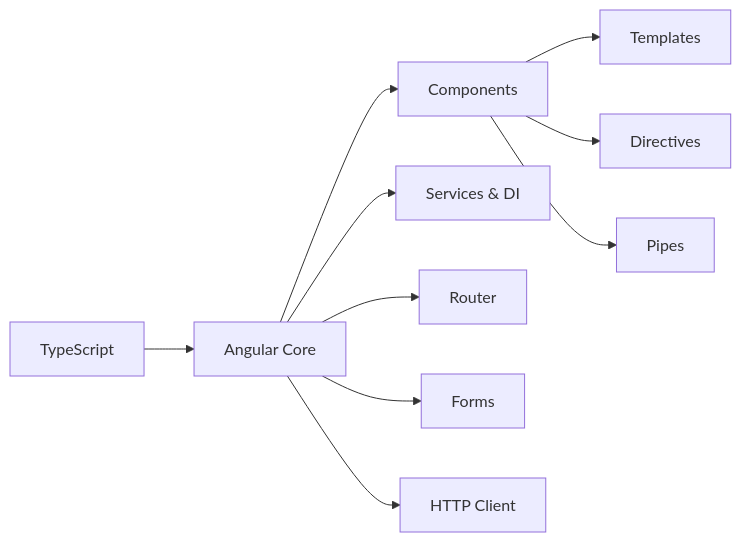
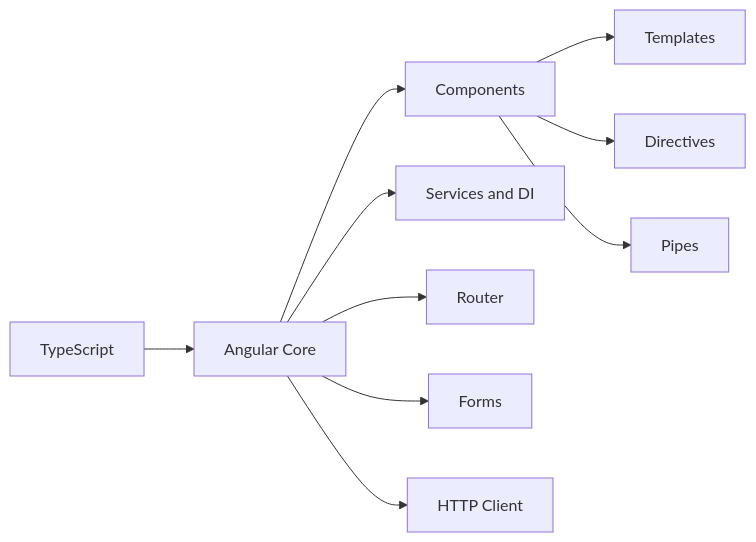
Before and after one commit to amitdevx/TY: the second of 2 diagrams in 02-Semester-VI/CS-352-MJ-T-Design-Framework/Overview.md, drawn with Mermaid. The commit also changed other lines of this file and 186 other files, not shown here.

````diff
--- a/02-Semester-VI/CS-352-MJ-T-Design-Framework/Overview.md
+++ b/02-Semester-VI/CS-352-MJ-T-Design-Framework/Overview.md
@@ -104,12 +106,12 @@
 ```mermaid
 graph LR
   A[TypeScript] --> B[Angular Core]
   B --> C[Components]
-  B --> D[Services & DI]
+  B --> D[Services and DI]
   B --> E[Router]
   B --> F[Forms]
   B --> G[HTTP Client]
   C --> H[Templates]
   C --> I[Directives]
   C --> J[Pipes]
 ```
````
